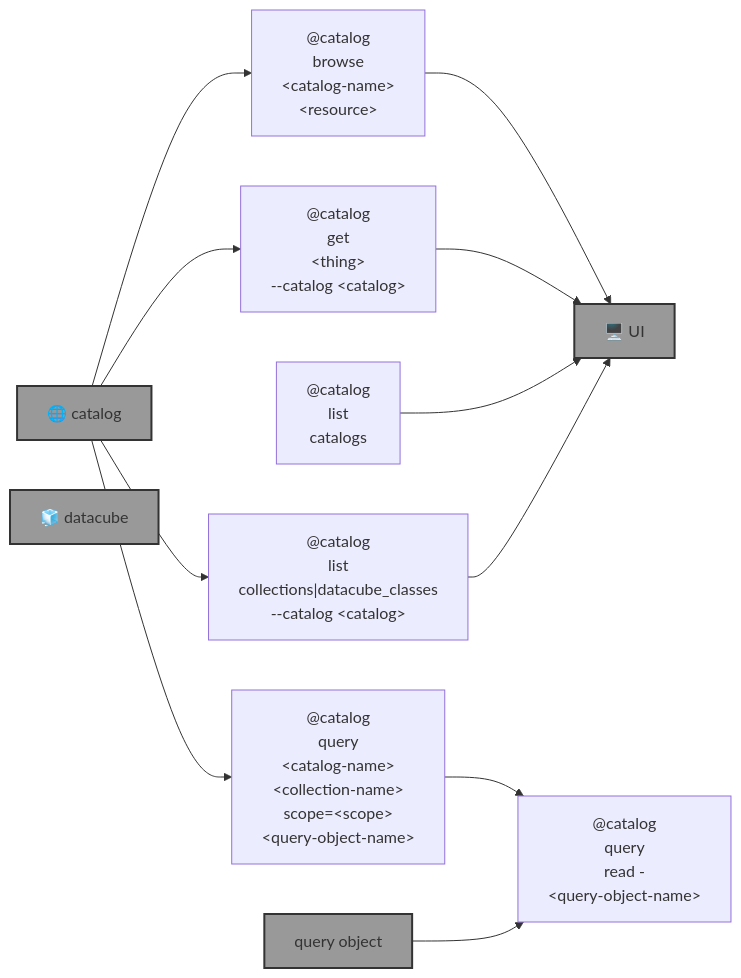
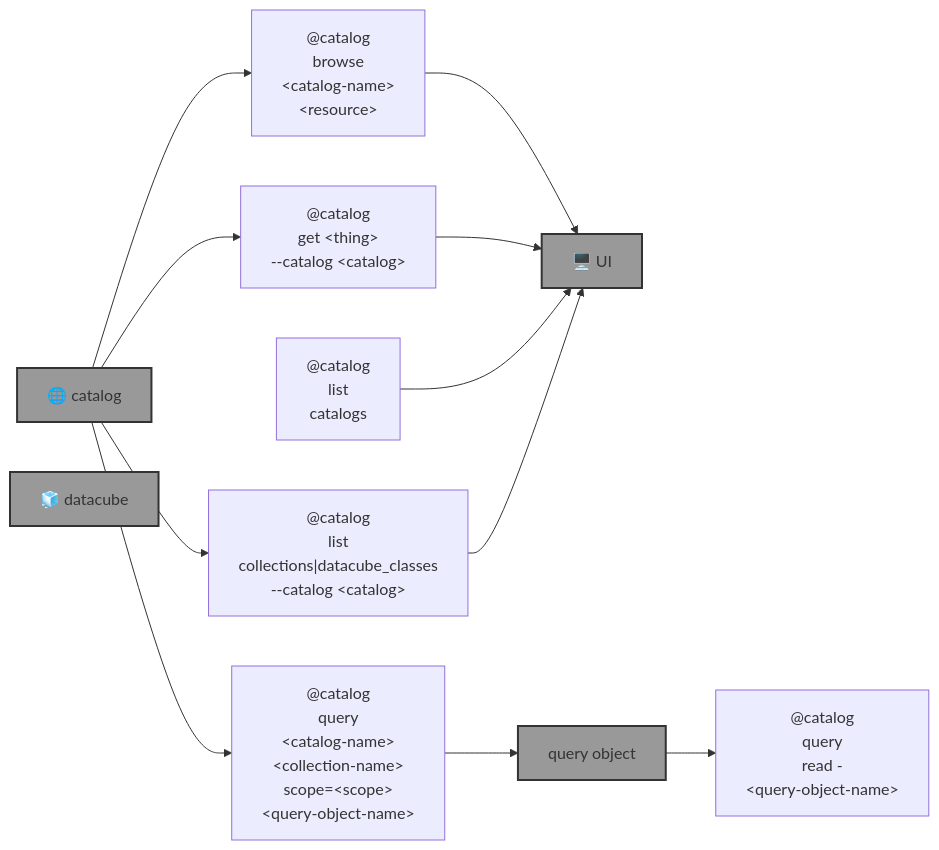
Before and after one commit to kamangir/blue-geo: the diagram in README.md, drawn with Mermaid. The commit also changed other lines of this file and 3 other files, not shown here.

````diff
--- a/README.md
+++ b/README.md
@@ -9,32 +9,32 @@
 ```mermaid
 graph LR
     catalog_browse["@catalog<br>browse<br>&lt;catalog-name&gt;<br>&lt;resource&gt;"]
-    catalog_get["@catalog<br>get<br>&lt;thing&gt;<br>--catalog &lt;catalog&gt;"]
+    catalog_get["@catalog<br>get &lt;thing&gt;<br>--catalog &lt;catalog&gt;"]
     catalog_list_catalogs["@catalog<br>list<br>catalogs"]
     catalog_list["@catalog<br>list<br>collections|datacube_classes<br>--catalog &lt;catalog&gt;"]
     catalog_query["@catalog<br>query<br>&lt;catalog-name&gt;<br>&lt;collection-name&gt;<br>scope=&lt;scope&gt;<br>&lt;query-object-name&gt;"]
     catalog_query_read["@catalog<br>query<br>read -<br>&lt;query-object-name&gt;"]
 
     catalog["🌐 catalog"]:::folder
     datacube_id["🧊 datacube"]:::folder
     UI["🖥️ UI"]:::folder
     query_object["query object"]:::folder
 
     catalog --> catalog_browse
     catalog_browse --> UI
 
     catalog --> catalog_get
     catalog_get --> UI
 
     catalog_list_catalogs --> UI
 
     catalog --> catalog_list
     catalog_list --> UI
 
     catalog --> catalog_query
-    catalog_query --> catalog_query_read
+    catalog_query --> query_object
 
     query_object --> catalog_query_read
 
     classDef folder fill:#999,stroke:#333,stroke-width:2px;
 ```
````
